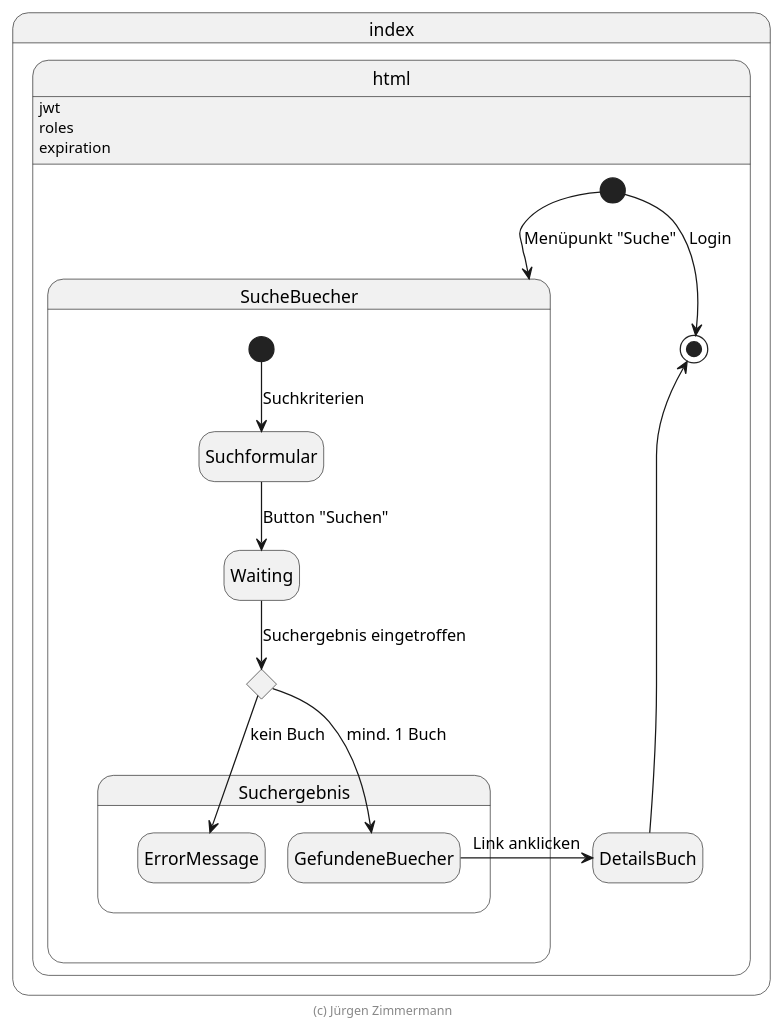
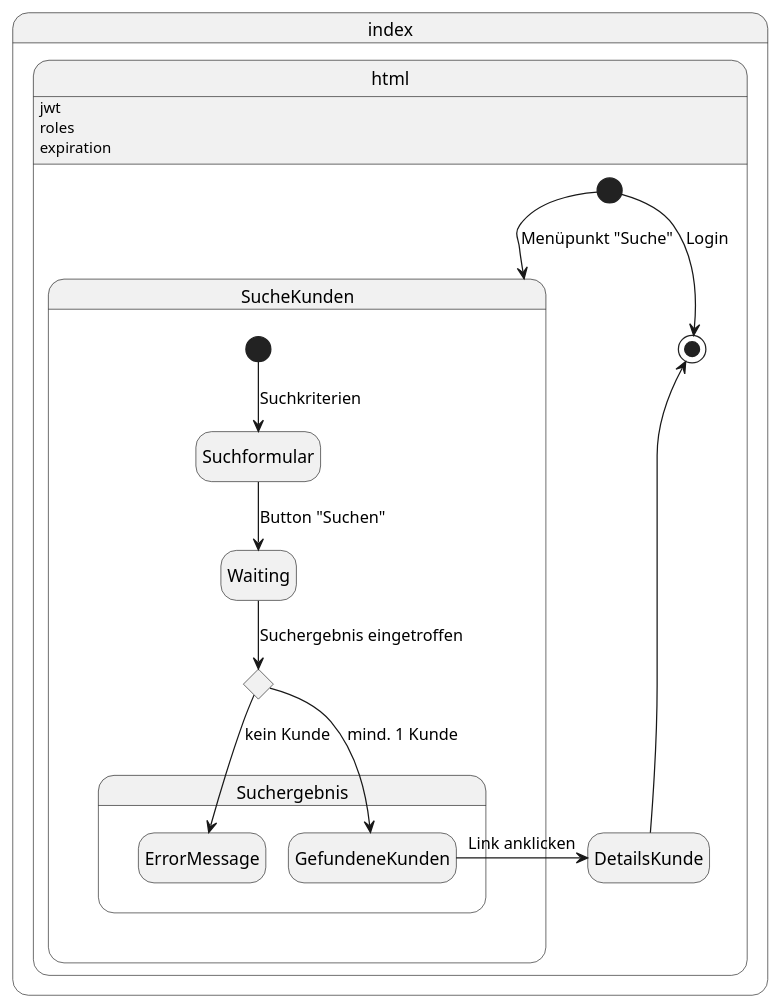
One commit to DSchwemmle/kundeweb changed the diagram in extras/doc/page-flow-gast.zustandsdiagramm.plantuml. Above: the diagram before and after it, drawn with PlantUML. The commit also changed other lines of this file and 10 other files, not shown here.

```diff
--- a/extras/doc/page-flow-gast.zustandsdiagramm.plantuml
+++ b/extras/doc/page-flow-gast.zustandsdiagramm.plantuml
@@ -20,36 +5,34 @@
 @startuml Zustandsdiagramm
 
 hide empty description
 
 state index.html {
     index.html: jwt
     index.html: roles
     index.html: expiration
 
     [*] --> [*]: Login
 
-    state SucheBuecher {
+    state SucheKunden {
         [*] --> Suchformular: Suchkriterien
         Suchformular --> Waiting: Button "Suchen"
         state SuchergebnisChoice <<choice>>
         Waiting --> SuchergebnisChoice: Suchergebnis eingetroffen
 
         state Suchergebnis {
-            SuchergebnisChoice --> GefundeneBuecher: mind. 1 Buch
-            SuchergebnisChoice --> ErrorMessage: kein Buch
+            SuchergebnisChoice --> GefundeneKunden: mind. 1 Kunde
+            SuchergebnisChoice --> ErrorMessage: kein Kunde
 
-            ErrorMessage -right[hidden]-> GefundeneBuecher
+            ErrorMessage -right[hidden]-> GefundeneKunden
         }
     }
 
-    [*] -down-> SucheBuecher: Menüpunkt "Suche"
-    GefundeneBuecher -right-> DetailsBuch: Link anklicken
-    DetailsBuch -up-> [*]
+    [*] -down-> SucheKunden: Menüpunkt "Suche"
+    GefundeneKunden -right-> DetailsKunde: Link anklicken
+    DetailsKunde -up-> [*]
 
-    Suchergebnis -right[hidden]-> DetailsBuch
-    SucheBuecher -right[hidden]-> DetailsBuch
+    Suchergebnis -right[hidden]-> DetailsKunde
+    SucheKunden -right[hidden]-> DetailsKunde
 }
 
-footer (c) Jürgen Zimmermann
-
 @enduml
```
